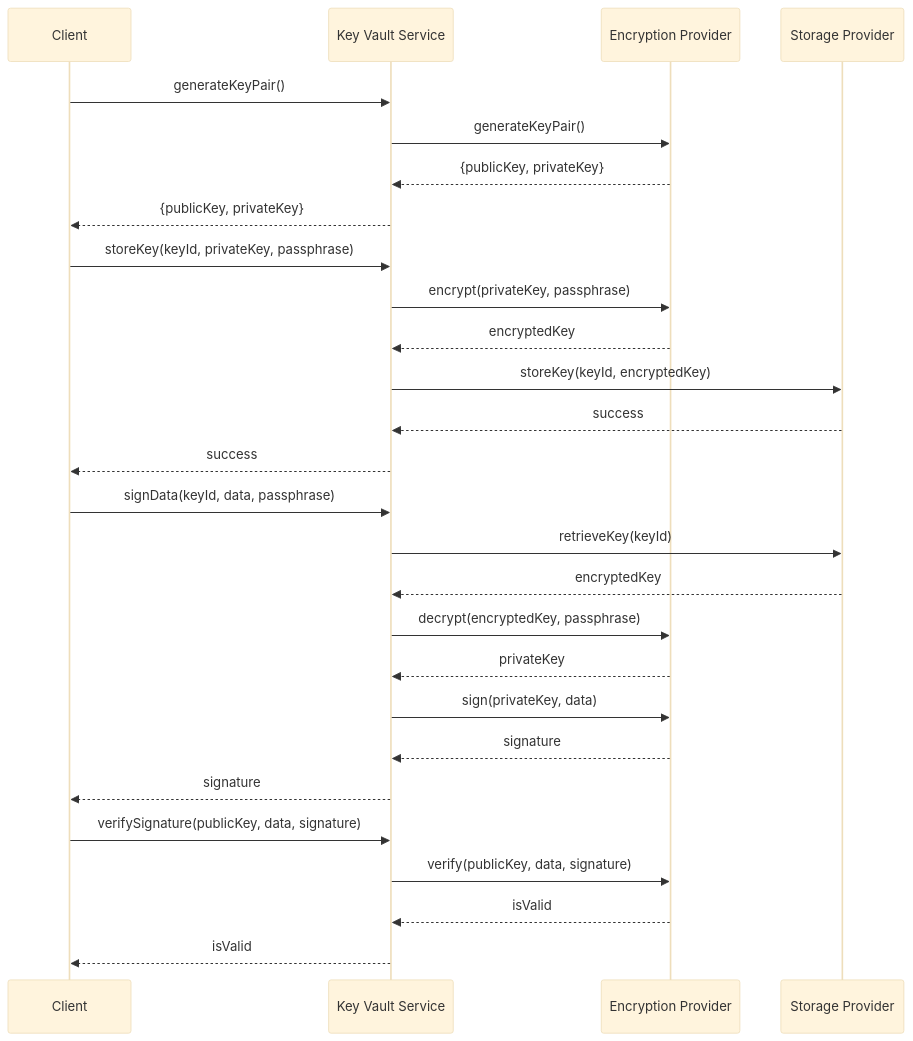
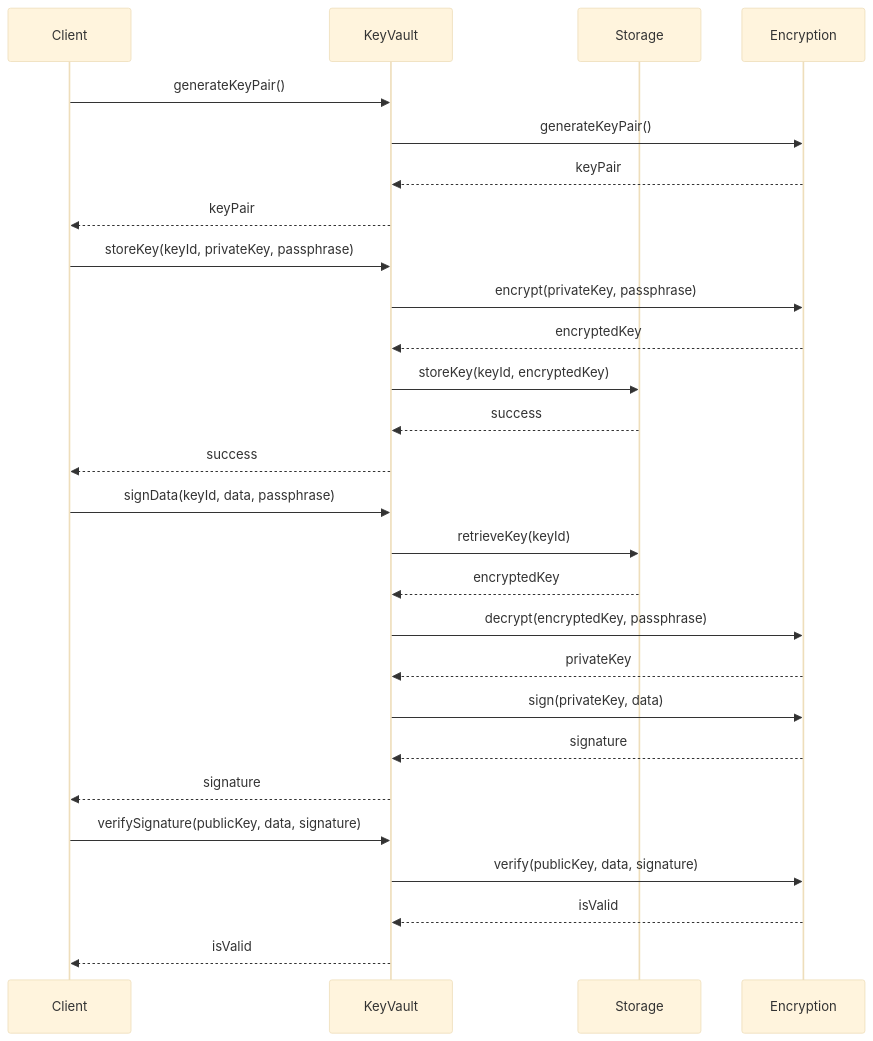
Before and after one commit to NGI-TRUSTCHAIN/LED-UP: the second of 3 diagrams in led-up-doc/pages/v2/apis/auth/key-vault-service.mdx, drawn with Mermaid (base theme). The commit also changed other lines of this file and 29 other files, not shown here.

````diff
--- a/led-up-doc/pages/v2/apis/auth/key-vault-service.mdx
+++ b/led-up-doc/pages/v2/apis/auth/key-vault-service.mdx
@@ -239,33 +233,33 @@
 ```mermaid
 sequenceDiagram
     participant Client
-    participant KeyVault as Key Vault Service
-    participant Encryption as Encryption Provider
-    participant Storage as Storage Provider
+    participant KeyVault
+    participant Storage
+    participant Encryption
 
     Client->>KeyVault: generateKeyPair()
     KeyVault->>Encryption: generateKeyPair()
-    Encryption-->>KeyVault: {publicKey, privateKey}
-    KeyVault-->>Client: {publicKey, privateKey}
+    Encryption-->>KeyVault: keyPair
+    KeyVault-->>Client: keyPair
 
     Client->>KeyVault: storeKey(keyId, privateKey, passphrase)
     KeyVault->>Encryption: encrypt(privateKey, passphrase)
     Encryption-->>KeyVault: encryptedKey
     KeyVault->>Storage: storeKey(keyId, encryptedKey)
     Storage-->>KeyVault: success
     KeyVault-->>Client: success
 
     Client->>KeyVault: signData(keyId, data, passphrase)
     KeyVault->>Storage: retrieveKey(keyId)
     Storage-->>KeyVault: encryptedKey
     KeyVault->>Encryption: decrypt(encryptedKey, passphrase)
     Encryption-->>KeyVault: privateKey
     KeyVault->>Encryption: sign(privateKey, data)
     Encryption-->>KeyVault: signature
     KeyVault-->>Client: signature
 
     Client->>KeyVault: verifySignature(publicKey, data, signature)
     KeyVault->>Encryption: verify(publicKey, data, signature)
     Encryption-->>KeyVault: isValid
     KeyVault-->>Client: isValid
 ```
````
